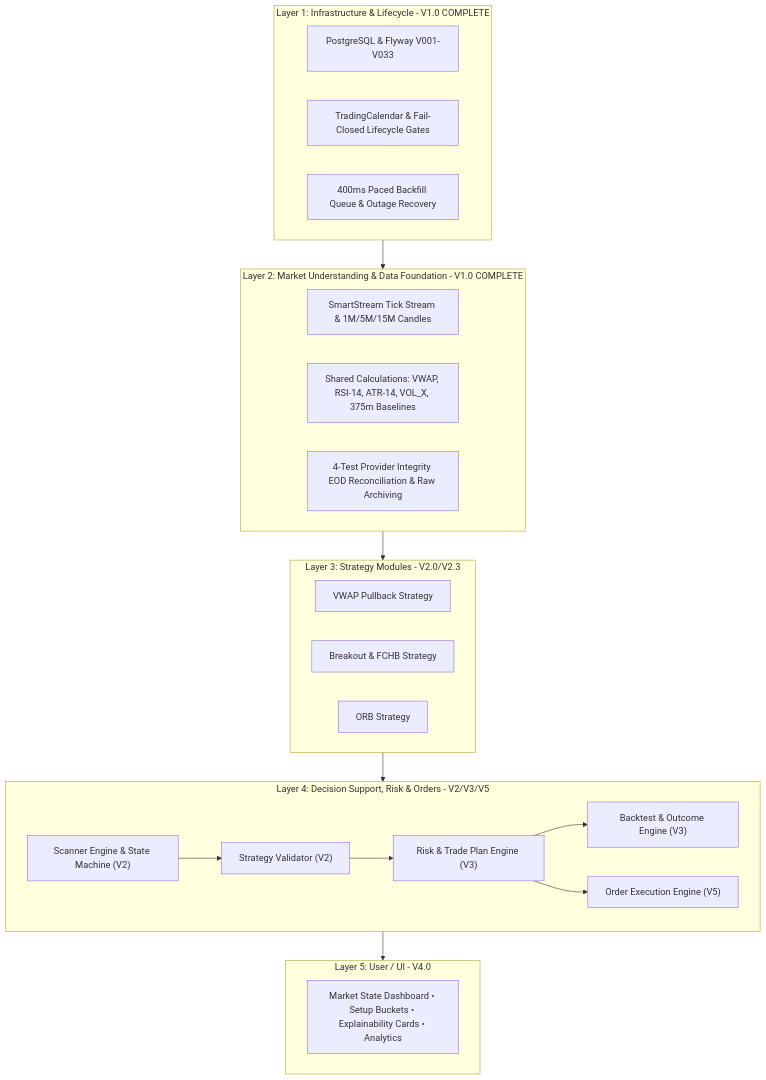
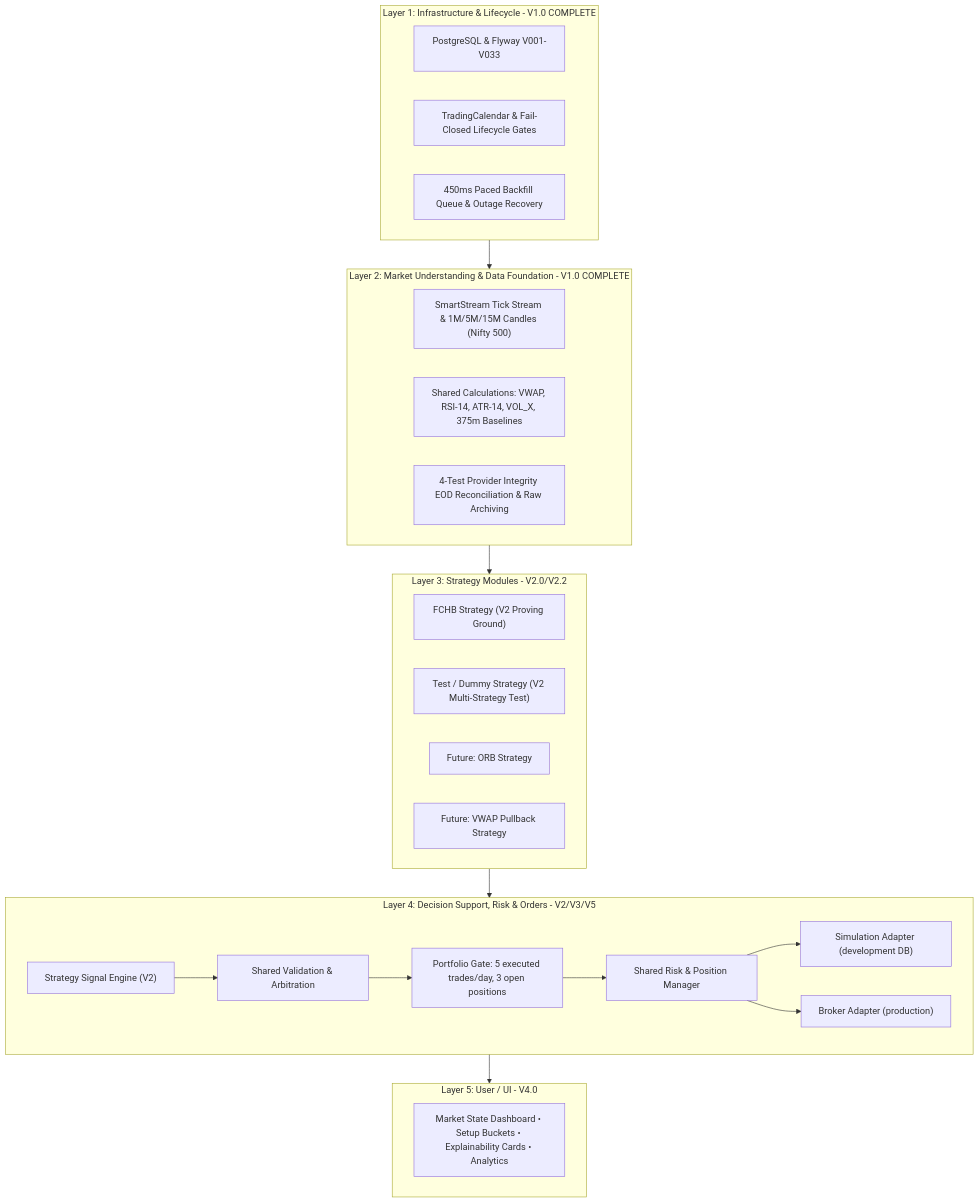
The first of 3 diagrams in project_workflow.md (Nanivenky03/market-scanner), drawn with Mermaid before and after one commit. The commit also changed other lines of this file and 8 other files, not shown here.

````diff
--- a/project_workflow.md
+++ b/project_workflow.md
@@ -81,36 +73,38 @@
 ```mermaid
 flowchart TD
     subgraph Layer5 [Layer 5: User / UI - V4.0]
         U1["Market State Dashboard • Setup Buckets • Explainability Cards • Analytics"]
     end
 
     subgraph Layer4 [Layer 4: Decision Support, Risk & Orders - V2/V3/V5]
-        D1["Scanner Engine & State Machine (V2)"] --> D2["Strategy Validator (V2)"]
-        D2 --> D3["Risk & Trade Plan Engine (V3)"]
-        D3 --> D4["Backtest & Outcome Engine (V3)"]
-        D3 --> D5["Order Execution Engine (V5)"]
+        D1["Strategy Signal Engine (V2)"] --> D2["Shared Validation & Arbitration"]
+        D2 --> D3["Portfolio Gate: 5 executed trades/day, 3 open positions"]
+        D3 --> D4["Shared Risk & Position Manager"]
+        D4 --> D5["Simulation Adapter (development DB)"]
+        D4 --> D6["Broker Adapter (production)"]
     end
 
-    subgraph Layer3 [Layer 3: Strategy Modules - V2.0/V2.3]
-        S1["VWAP Pullback Strategy"]
-        S2["Breakout & FCHB Strategy"]
-        S3["ORB Strategy"]
+    subgraph Layer3 [Layer 3: Strategy Modules - V2.0/V2.2]
+        S1["FCHB Strategy (V2 Proving Ground)"]
+        S2["Test / Dummy Strategy (V2 Multi-Strategy Test)"]
+        S3["Future: ORB Strategy"]
+        S4["Future: VWAP Pullback Strategy"]
     end
 
     subgraph Layer2 [Layer 2: Market Understanding & Data Foundation - V1.0 COMPLETE]
-        M1["SmartStream Tick Stream & 1M/5M/15M Candles"]
+        M1["SmartStream Tick Stream & 1M/5M/15M Candles (Nifty 500)"]
         M2["Shared Calculations: VWAP, RSI-14, ATR-14, VOL_X, 375m Baselines"]
         M3["4-Test Provider Integrity EOD Reconciliation & Raw Archiving"]
     end
 
     subgraph Layer1 [Layer 1: Infrastructure & Lifecycle - V1.0 COMPLETE]
         I1["PostgreSQL & Flyway V001-V033"]
         I2["TradingCalendar & Fail-Closed Lifecycle Gates"]
-        I3["400ms Paced Backfill Queue & Outage Recovery"]
+        I3["450ms Paced Backfill Queue & Outage Recovery"]
     end
 
     Layer1 --> Layer2
     Layer2 --> Layer3
     Layer3 --> Layer4
     Layer4 --> Layer5
 ```
````
